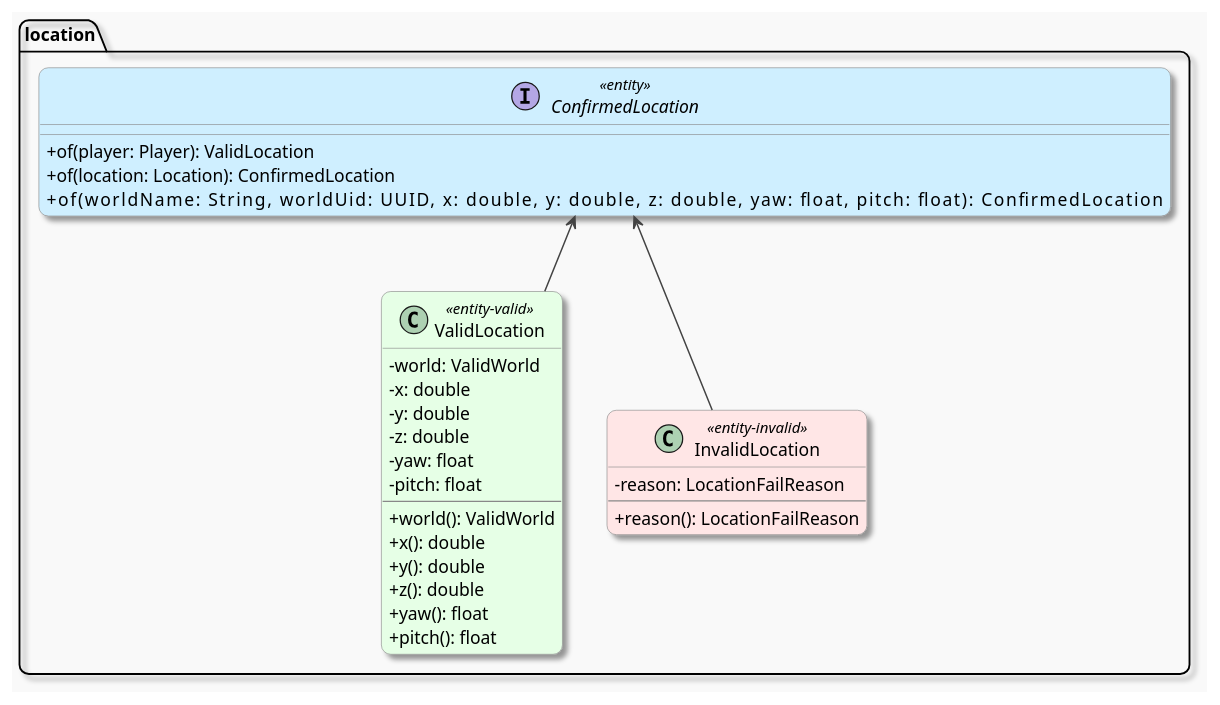
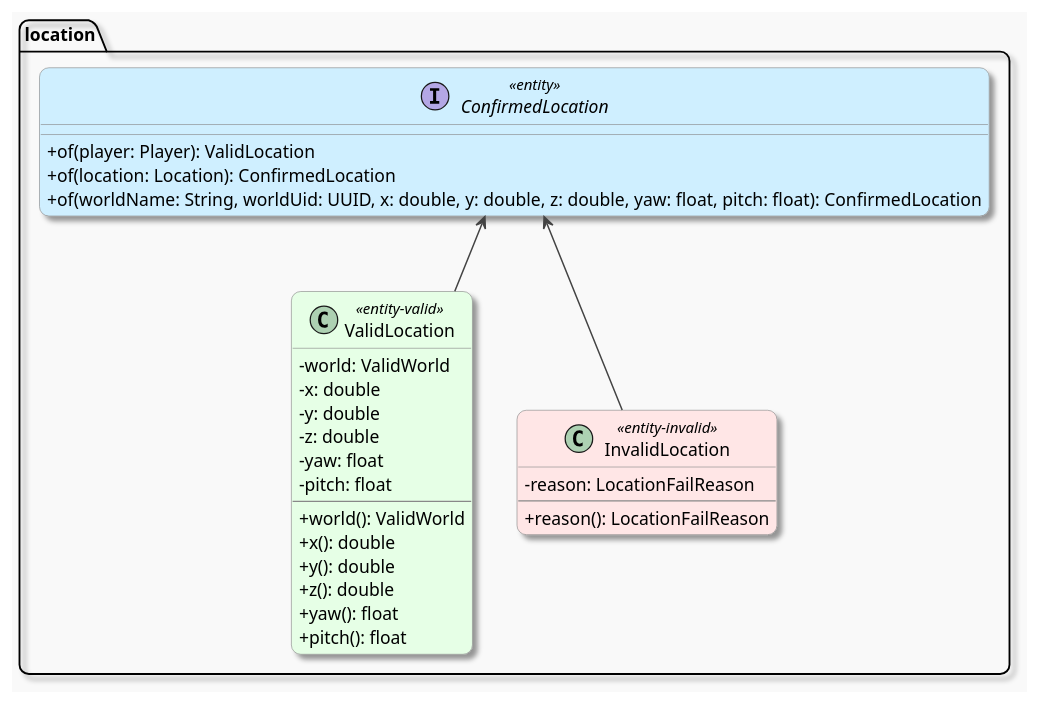
Before and after one commit to winterhavenmc/SavageGraveyards: the diagram in models/doc-files/diagrams/ConfirmedLocation_structure_alt_1.puml, drawn with PlantUML. The commit also changed 1 other file, not shown here.

Commit message:
correct diagram

```diff
--- a/models/doc-files/diagrams/ConfirmedLocation_structure_alt_1.puml
+++ b/models/doc-files/diagrams/ConfirmedLocation_structure_alt_1.puml
@@ -1,60 +1,58 @@
 @startuml
 
 ' === GLOBAL STYLING ===
 skinparam backgroundColor #f9f9f9
 skinparam shadowing true
 skinparam roundCorner 15
 skinparam ArrowColor #444444
 skinparam ArrowThickness 1.2
 skinparam ArrowFontSize 11
 skinparam packageTitleFontSize 14
 skinparam classFontName "Helvetica"
 skinparam classAttributeIconSize 0
 skinparam class {
   BackgroundColor white
   BorderColor #888888
 }
 skinparam class {
   BackgroundColor<<entity>> #cfefff
     BackgroundColor<<entity-valid>> #e6ffe6
   BackgroundColor<<entity-invalid>> #ffe6e6
 }
 
 
 'package SavageGraveyards {
 '    package models {
         package location {
             interface ConfirmedLocation <<entity>> {
                 + of(player: Player): ValidLocation
                 + of(location: Location): ConfirmedLocation
-                + of(worldName: String, worldUid: UUID, \
-                    x: double, y: double, z: double, \
-                    yaw: float, pitch: float): ConfirmedLocation
+                + of(worldName: String, worldUid: UUID, x: double, y: double, z: double, yaw: float, pitch: float): ConfirmedLocation
             }
             class ValidLocation <<entity-valid>> {
                 - world: ValidWorld
                 - x: double
                 - y: double
                 - z: double
                 - yaw: float
                 - pitch: float
                 --
                 + world(): ValidWorld
                 + x(): double
                 + y(): double
                 + z(): double
                 + yaw(): float
                 + pitch(): float
             }
             class InvalidLocation <<entity-invalid>> {
                 - reason: LocationFailReason
                 --
                 + reason(): LocationFailReason
             }
             ConfirmedLocation <-- ValidLocation
             ConfirmedLocation <-- InvalidLocation
         }
 '    }
 '}
 
 @enduml
```
